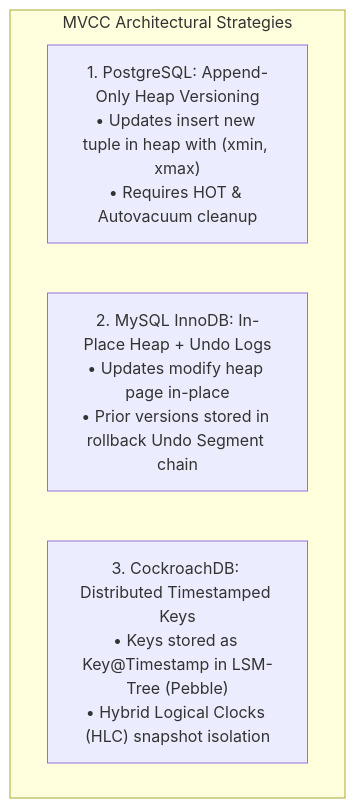
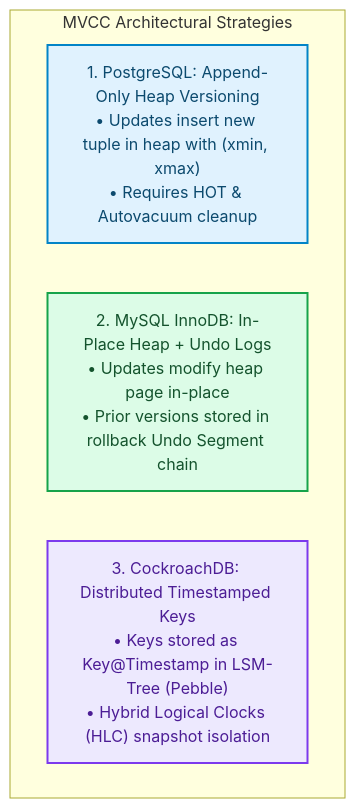
Before and after one commit to akmalkhaniub/akmalkhaniub.github.io: the first of 2 diagrams in blog/posts/mvcc-multi-version-concurrency-control-postgres-mysql-cockroachdb.md, drawn with Mermaid. The commit also changed other lines of this file and 1291 other files, not shown here.

First line of the commit message:
feat(catalog): unique covers, scholarly references, and diagram palettes

````diff
--- a/blog/posts/mvcc-multi-version-concurrency-control-postgres-mysql-cockroachdb.md
+++ b/blog/posts/mvcc-multi-version-concurrency-control-postgres-mysql-cockroachdb.md
@@ -13,8 +13,17 @@
 ```mermaid
 flowchart TD
   subgraph SG1_MvccArchitecturalStrategies ["MVCC Architectural Strategies"]
     Postgres["1. PostgreSQL: Append-Only Heap Versioning\n• Updates insert new tuple in heap with (xmin, xmax)\n• Requires HOT & Autovacuum cleanup"]
     MySQL["2. MySQL InnoDB: In-Place Heap + Undo Logs\n• Updates modify heap page in-place\n• Prior versions stored in rollback Undo Segment chain"]
     Cockroach["3. CockroachDB: Distributed Timestamped Keys\n• Keys stored as Key@Timestamp in LSM-Tree (Pebble)\n• Hybrid Logical Clocks (HLC) snapshot isolation"]
   end
+
+classDef green fill:#dcfce7,stroke:#16a34a,stroke-width:2px,color:#14532d;
+classDef red fill:#fee2e2,stroke:#dc2626,stroke-width:2px,color:#7f1d1d;
+classDef blue fill:#e0f2fe,stroke:#0284c7,stroke-width:2px,color:#0c4a6e;
+classDef yellow fill:#fef3c7,stroke:#d97706,stroke-width:2px,color:#78350f;
+classDef purple fill:#ede9fe,stroke:#7c3aed,stroke-width:2px,color:#4c1d95;
+class Postgres blue
+class MySQL green
+class Cockroach purple
 ```
````
